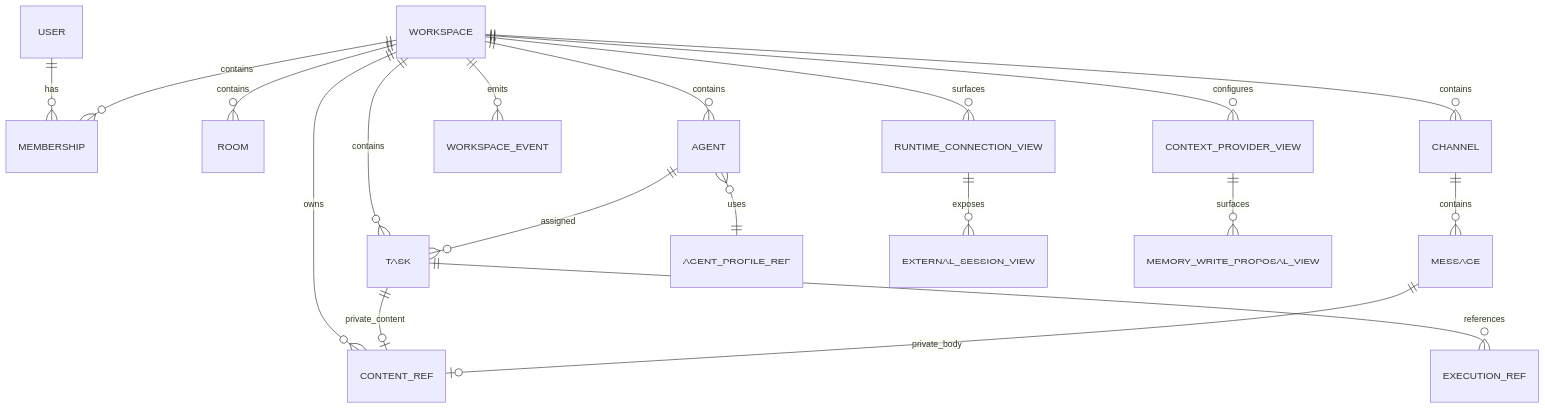
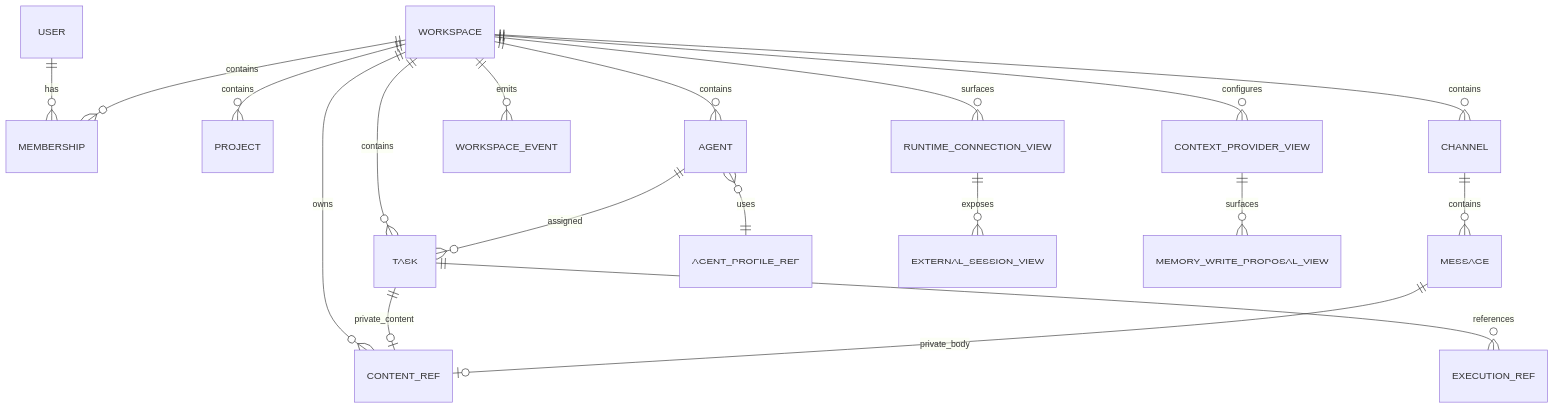
The sixth of 18 diagrams in docs/architecture/diagram-sources.md (adea-ai/adea), drawn with Mermaid before and after one commit. The commit also changed 82 other files, not shown here.

````diff
--- a/docs/architecture/diagram-sources.md
+++ b/docs/architecture/diagram-sources.md
@@ -277,21 +277,21 @@
 ```mermaid
 erDiagram
     USER ||--o{ MEMBERSHIP : has
     WORKSPACE ||--o{ MEMBERSHIP : contains
-    WORKSPACE ||--o{ ROOM : contains
+    WORKSPACE ||--o{ PROJECT : contains
     WORKSPACE ||--o{ AGENT : contains
     WORKSPACE ||--o{ TASK : contains
     WORKSPACE ||--o{ CONTENT_REF : owns
     WORKSPACE ||--o{ CHANNEL : contains
     CHANNEL ||--o{ MESSAGE : contains
     TASK ||--o| CONTENT_REF : private_content
     MESSAGE ||--o| CONTENT_REF : private_body
     AGENT ||--o{ TASK : assigned
     TASK ||--o{ EXECUTION_REF : references
     AGENT }o--|| AGENT_PROFILE_REF : uses
     WORKSPACE ||--o{ WORKSPACE_EVENT : emits
     WORKSPACE ||--o{ RUNTIME_CONNECTION_VIEW : surfaces
     RUNTIME_CONNECTION_VIEW ||--o{ EXTERNAL_SESSION_VIEW : exposes
     WORKSPACE ||--o{ CONTEXT_PROVIDER_VIEW : configures
     CONTEXT_PROVIDER_VIEW ||--o{ MEMORY_WRITE_PROPOSAL_VIEW : surfaces
 ```
````
